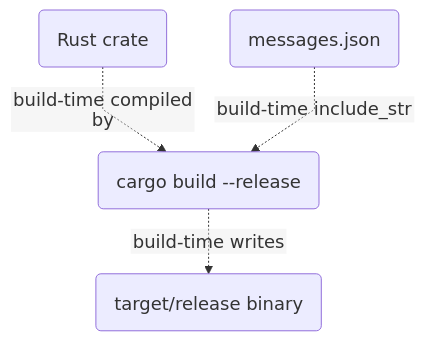
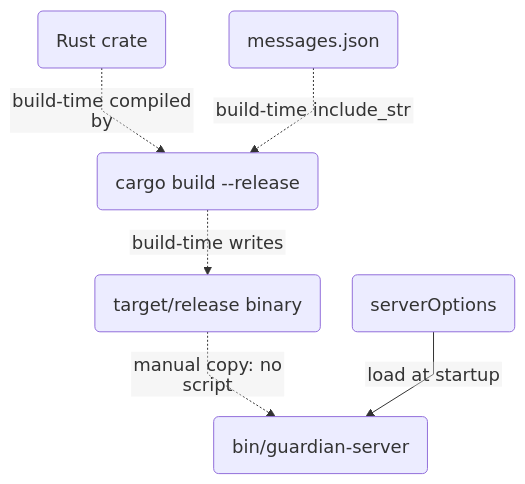
One commit to AashishTangnami/python-memory-guardian changed diagram 15 of 16 in docs/feature-map.md. Above: the diagram before and after it, drawn with Mermaid. The commit also changed other lines of this file and 6 other files, not shown here.

Commit message:
docs: consolidate feature-map diagrams and close source/doc gaps

````diff
--- a/docs/feature-map.md
+++ b/docs/feature-map.md
@@ -561,7 +528,9 @@
 ```mermaid
 %%{init: {"fontFamily":"Arial, sans-serif","themeVariables":{"fontSize":"18px","fontFamily":"Arial, sans-serif"},"flowchart":{"curve":"linear","nodeSpacing":32,"rankSpacing":40,"diagramPadding":8,"padding":18,"subGraphTitleMargin":{"top":10,"bottom":24},"htmlLabels":false},"layout":"dagre","htmlLabels":false,"themeCSS":".node rect, .cluster rect { rx: 10px; ry: 10px; } .label, .nodeLabel, .edgeLabel, .cluster-label { letter-spacing: normal; word-spacing: normal; } .edgeLabel rect { stroke: currentColor !important; stroke-width: 1px !important; stroke-dasharray: none; opacity: 1 !important; fill-opacity: 1; rx: 4px; ry: 4px; }"}}%%
 flowchart TD
-Source("Rust crate") -. build-time compiled by .-> Cargo("cargo build --release")
+    Source("Rust crate") -. build-time compiled by .-> Cargo("cargo build --release")
     Messages("messages.json") -. build-time include_str .-> Cargo
     Cargo -. build-time writes .-> Target("target/release binary")
+    Target -. manual copy: no script .-> Bin("bin/guardian-server")
+    Client("serverOptions") -->|load at startup| Bin
 ```
````
